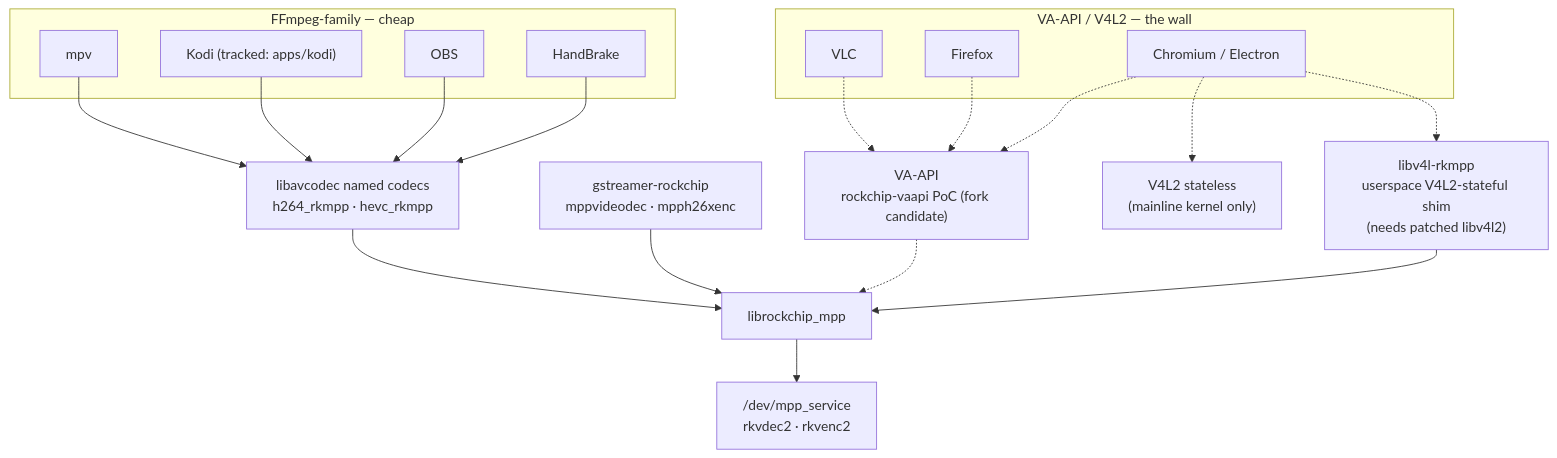
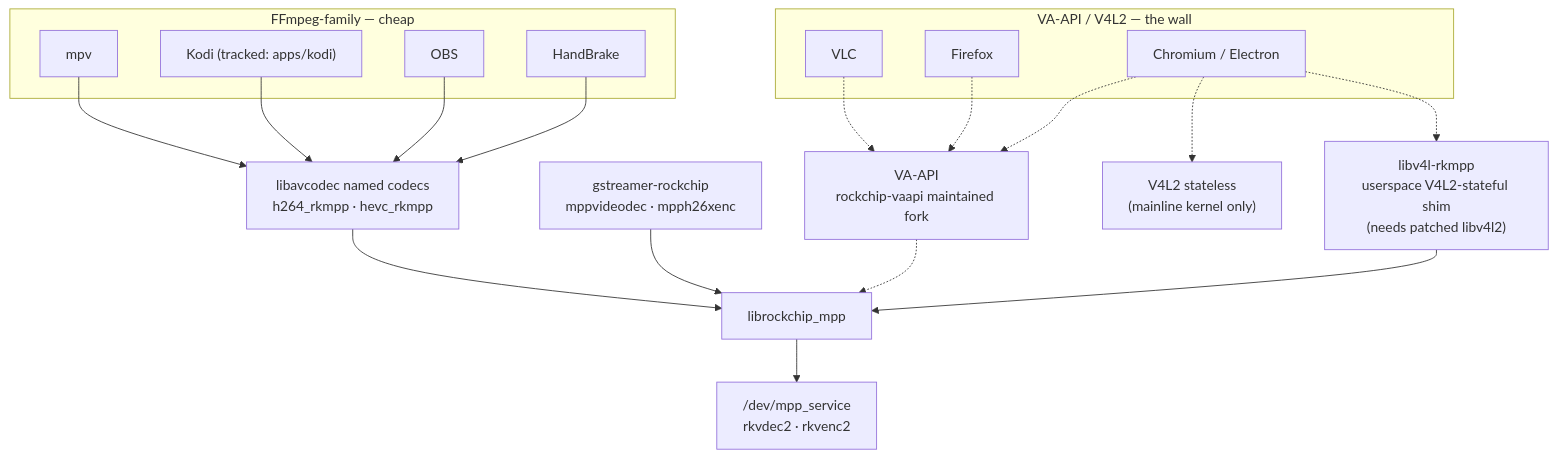
Before and after one commit to yisding/rock-5b-ysp: the diagram in docs/app-enablement.md, drawn with Mermaid. The commit also changed other lines of this file and 7 other files, not shown here.

````diff
--- a/docs/app-enablement.md
+++ b/docs/app-enablement.md
@@ -30,36 +30,36 @@
 ```mermaid
 flowchart TB
   subgraph cheap["FFmpeg-family — cheap"]
     mpv["mpv"]
     kodi["Kodi (tracked: apps/kodi)"]
     obs["OBS"]
     hb["HandBrake"]
   end
   subgraph hard["VA-API / V4L2 — the wall"]
     ff["Firefox"]
     cr["Chromium / Electron"]
     vlc["VLC"]
   end
   lavc["libavcodec named codecs<br/>h264_rkmpp · hevc_rkmpp"]
   gst["gstreamer-rockchip<br/>mppvideodec · mpph26xenc"]
-  vaapi["VA-API<br/>rockchip-vaapi PoC (fork candidate)"]
+  vaapi["VA-API<br/>rockchip-vaapi maintained fork"]
   v4l2["V4L2 stateless<br/>(mainline kernel only)"]
   shim["libv4l-rkmpp<br/>userspace V4L2-stateful shim<br/>(needs patched libv4l2)"]
   mpplib["librockchip_mpp"]
   svc["/dev/mpp_service<br/>rkvdec2 · rkvenc2"]
 
   mpv --> lavc
   kodi --> lavc
   obs --> lavc
   hb --> lavc
   vlc -.-> vaapi
   ff -.-> vaapi
   cr -.-> vaapi
   cr -.-> v4l2
   cr -.-> shim
   lavc --> mpplib
   gst --> mpplib
   vaapi -.-> mpplib
   shim --> mpplib
   mpplib --> svc
 ```
````
